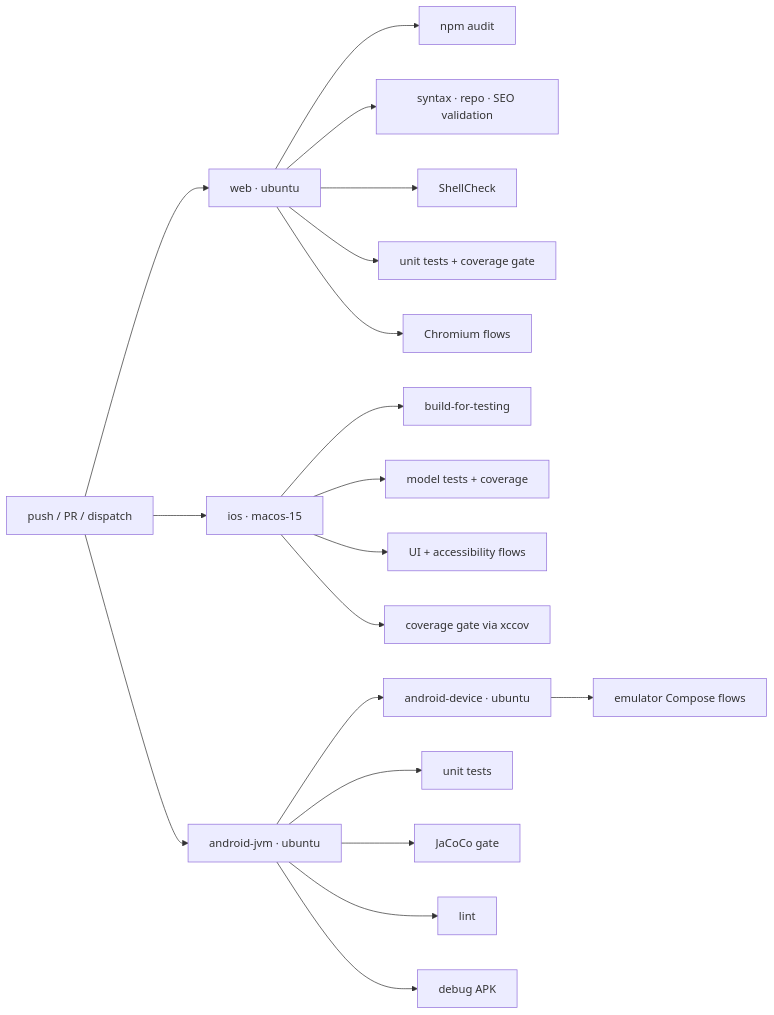
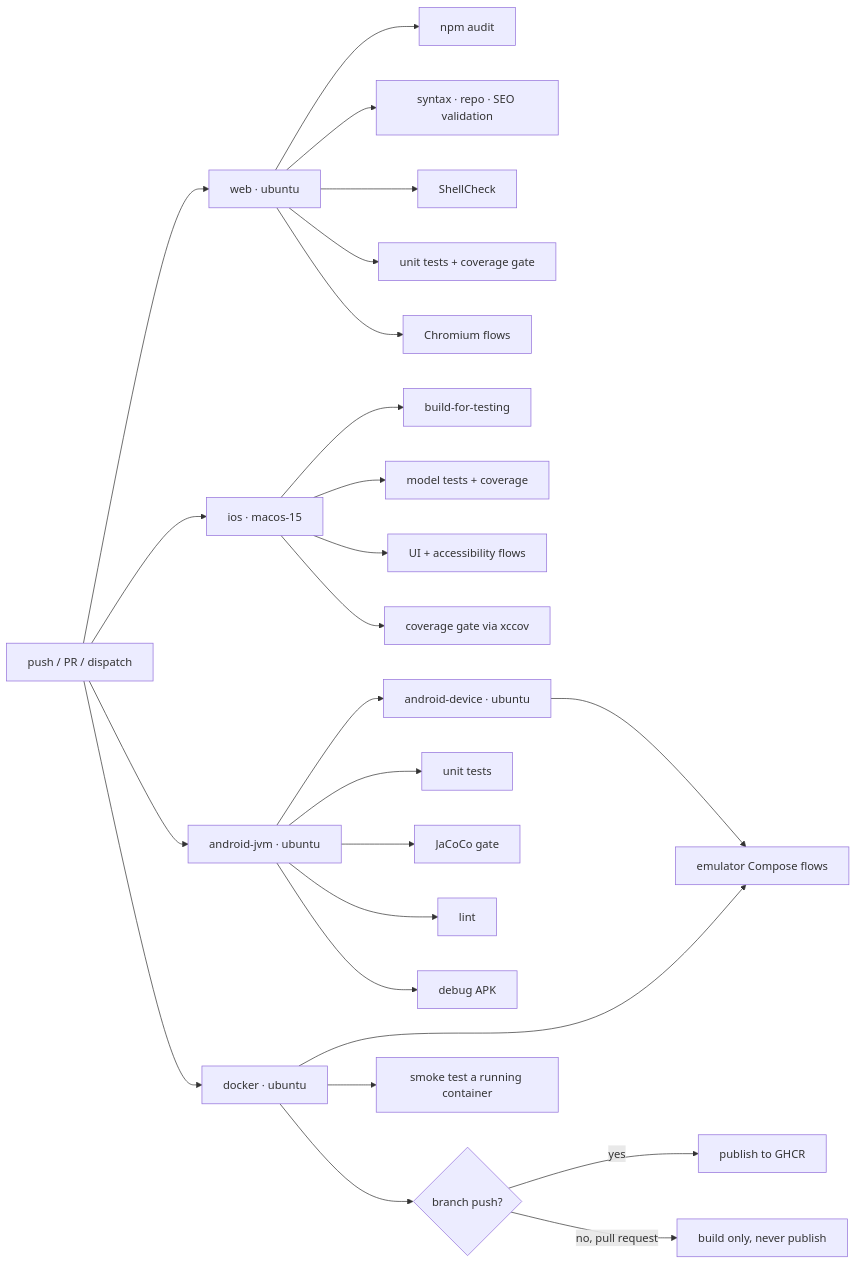
Before and after one commit to hoangsonww/2048-Game: diagram 35 of 38 in ARCHITECTURE.md, drawn with Mermaid. The commit also changed 4 other files, not shown here.

First line of the commit message:
Build the web client as a container and publish it to GHCR

````diff
--- a/ARCHITECTURE.md
+++ b/ARCHITECTURE.md
@@ -1324,25 +1324,32 @@
 ```mermaid
 flowchart LR
     Push[push / PR / dispatch] --> Web[web · ubuntu]
     Push --> IOS[ios · macos-15]
     Push --> AJ[android-jvm · ubuntu]
+    Push --> DK[docker · ubuntu]
     AJ --> AD[android-device · ubuntu]
+
+    DK --> D1[build amd64 + arm64]
+    DK --> D2[smoke test a running container]
+    DK --> D3{"branch push?"}
+    D3 -- yes --> D4[publish to GHCR]
+    D3 -- "no, pull request" --> D5[build only, never publish]
 
     Web --> W1[npm audit]
     Web --> W2[syntax · repo · SEO validation]
     Web --> W3[ShellCheck]
     Web --> W4[unit tests + coverage gate]
     Web --> W5[Chromium flows]
 
     IOS --> I1[build-for-testing]
     IOS --> I2[model tests + coverage]
     IOS --> I3[UI + accessibility flows]
     IOS --> I4[coverage gate via xccov]
 
     AJ --> A1[unit tests]
     AJ --> A2[JaCoCo gate]
     AJ --> A3[lint]
     AJ --> A4[debug APK]
 
     AD --> D1[emulator Compose flows]
 ```
````
